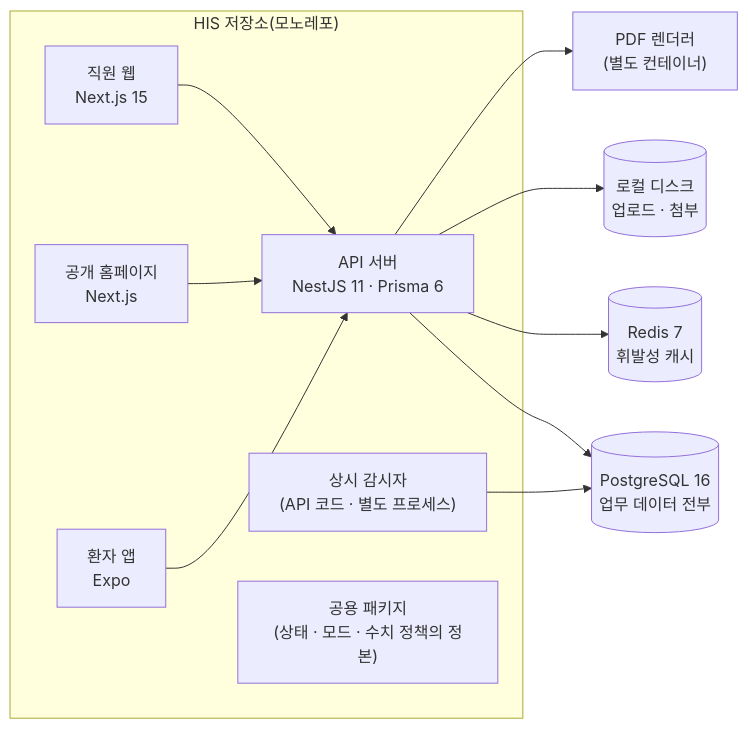
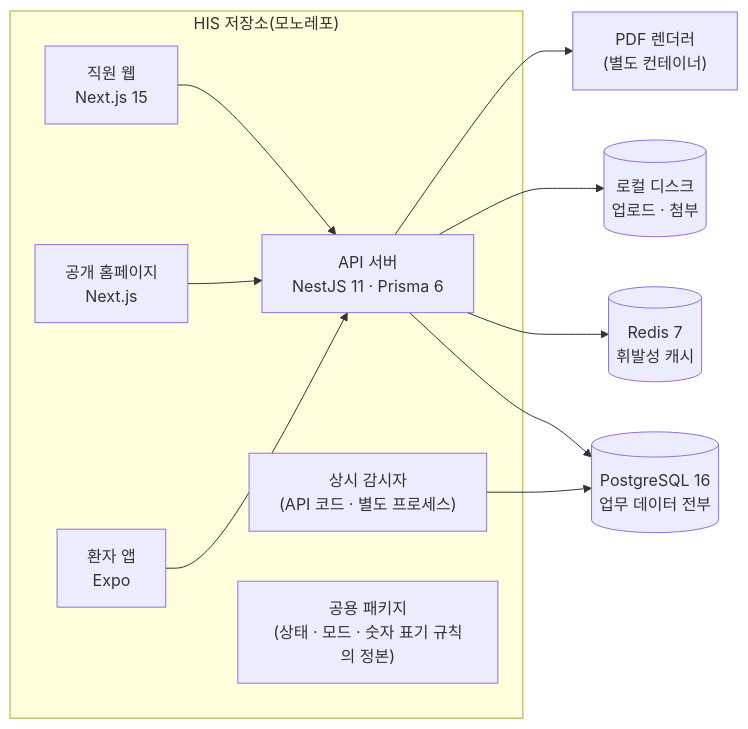
Before and after one commit to seanshin/werub-his-ecosystem: the first of 2 diagrams in projects/his.md, drawn with Mermaid. The commit also changed other lines of this file and 15 other files, not shown here.

````diff
--- a/projects/his.md
+++ b/projects/his.md
@@ -96,23 +96,23 @@
 ```mermaid
 flowchart LR
   subgraph repo["HIS 저장소(모노레포)"]
     WEB["직원 웹<br/>Next.js 15"]
     API["API 서버<br/>NestJS 11 · Prisma 6"]
     SEN["상시 감시자<br/>(API 코드 · 별도 프로세스)"]
     HP["공개 홈페이지<br/>Next.js"]
     APP["환자 앱<br/>Expo"]
-    SH["공용 패키지<br/>(상태 · 모드 · 수치 정책의 정본)"]
+    SH["공용 패키지<br/>(상태 · 모드 · 숫자 표기 규칙의 정본)"]
   end
   PG[("PostgreSQL 16<br/>업무 데이터 전부")]
   RD[("Redis 7<br/>휘발성 캐시")]
   FS[("로컬 디스크<br/>업로드 · 첨부")]
   PDF["PDF 렌더러<br/>(별도 컨테이너)"]
   WEB --> API
   HP --> API
   APP --> API
   API --> PG
   API --> RD
   API --> FS
   API --> PDF
   SEN --> PG
 ```
````
